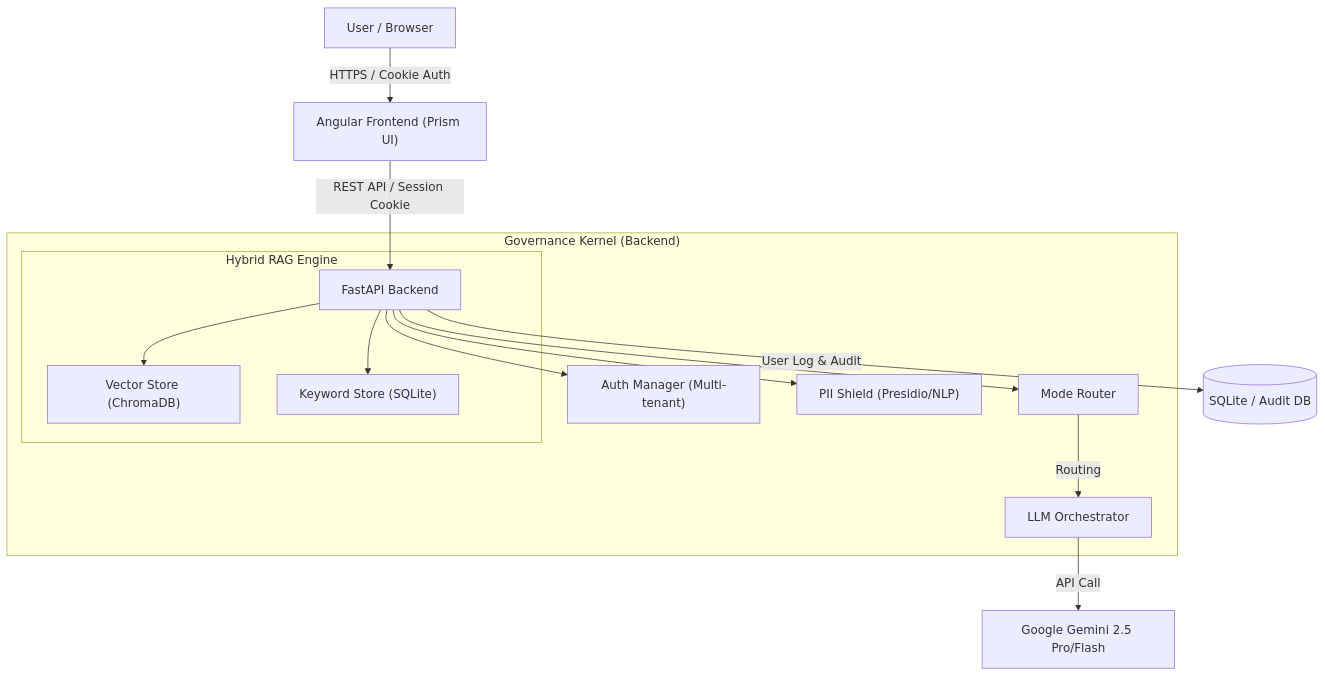
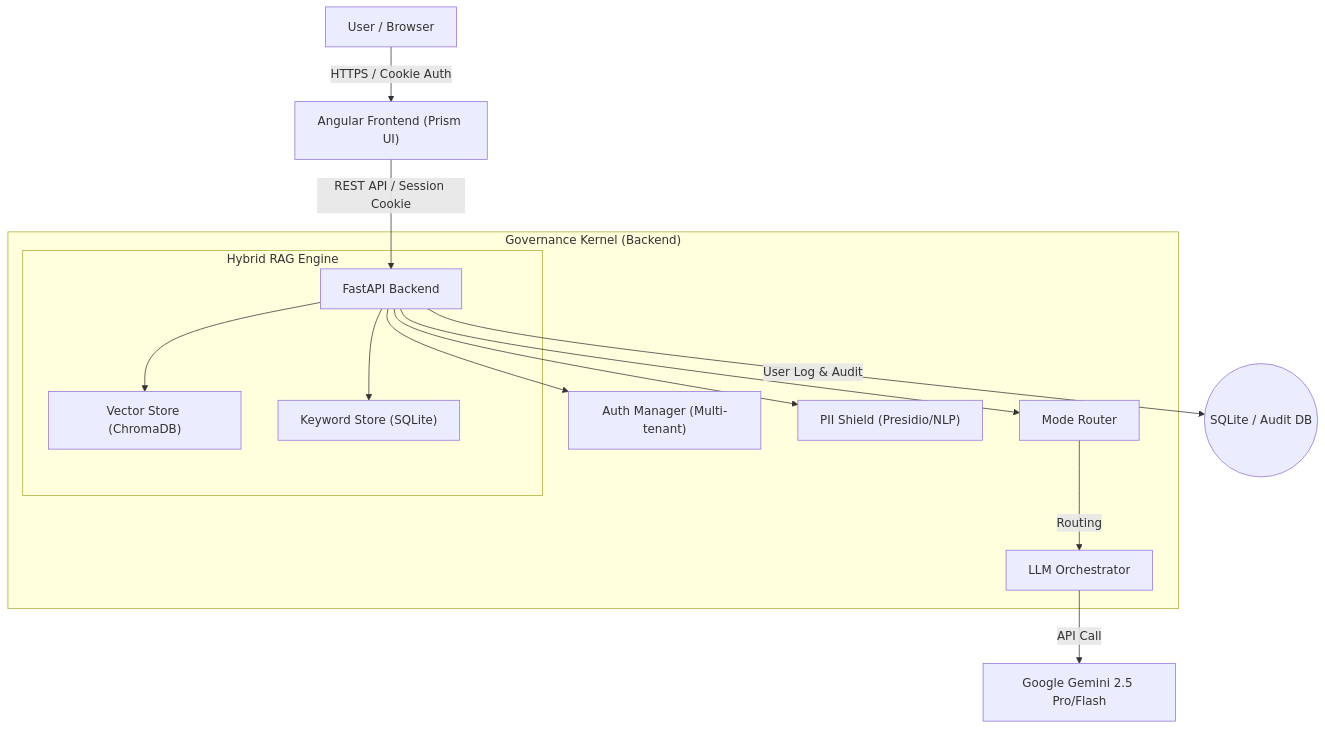
The diagram in README.md (KanadeYumesaki/prism-enterprise-ai), drawn with Mermaid before and after one commit. The commit also changed other lines of this file and 2 other files, not shown here.

`````diff
--- a/README.md
+++ b/README.md
@@ -50,20 +124,20 @@
 ```mermaid
 graph TD
     User["User / Browser"] -->|"HTTPS / Cookie Auth"| FE["Angular Frontend (Prism UI)"]
     FE -->|"REST API / Session Cookie"| BE["FastAPI Backend"]
     
     subgraph "Governance Kernel (Backend)"
         BE --> Auth["Auth Manager (Multi-tenant)"]
         BE --> Router["Mode Router"]
         BE --> PII["PII Shield (Presidio/NLP)"]
         Router -->|"Routing"| Model["LLM Orchestrator"]
         
         subgraph "Hybrid RAG Engine"
             BE --> Vector["Vector Store (ChromaDB)"]
             BE --> Keyword["Keyword Store (SQLite)"]
         end
     end
     
     Model -->|"API Call"| Google["Google Gemini 2.5 Pro/Flash"]
-    BE -->|"User Log & Audit"| DB[("SQLite / Audit DB")]
-````
+    BE -->|"User Log & Audit"| DB(("SQLite / Audit DB"))
+```
`````
